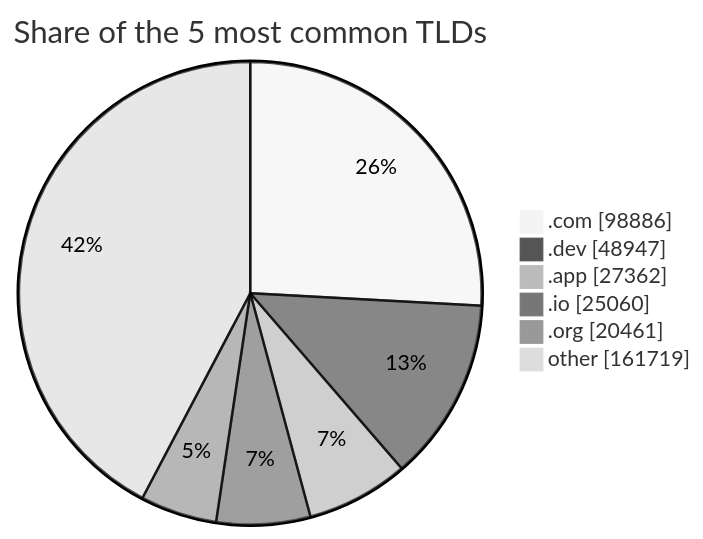
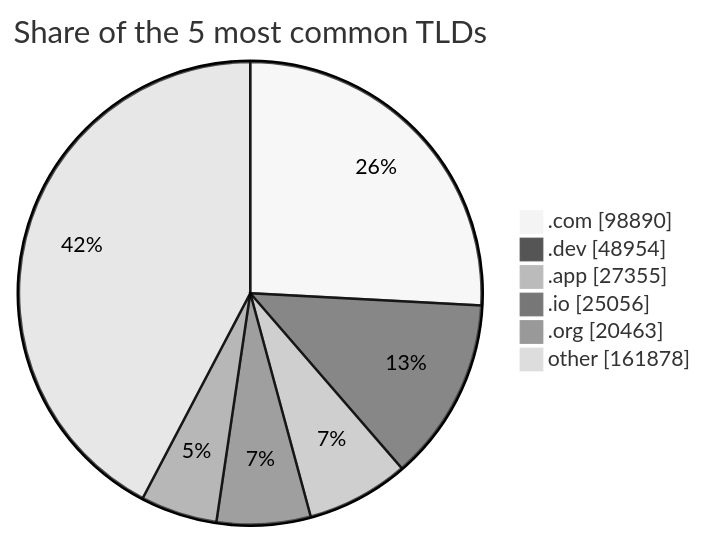
Before and after one commit to DNSBunker/CTI: the third of 3 diagrams in README.md, drawn with Mermaid (neutral theme). The commit also changed other lines of this file and 3 other files, not shown here.

````diff
--- a/README.md
+++ b/README.md
@@ -81,9 +81,9 @@
 ```mermaid
 pie showData title Share of the 5 most common TLDs
-    ".com" : 98886
-    ".dev" : 48947
-    ".app" : 27362
-    ".io" : 25060
-    ".org" : 20461
-    "other" : 161719
+    ".com" : 98890
+    ".dev" : 48954
+    ".app" : 27355
+    ".io" : 25056
+    ".org" : 20463
+    "other" : 161878
 ```
````
